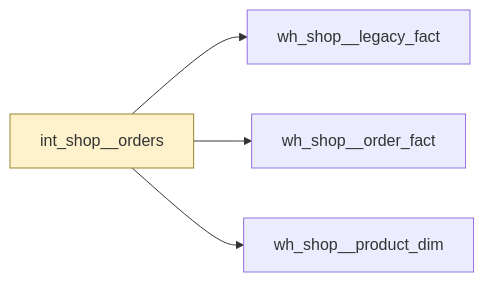
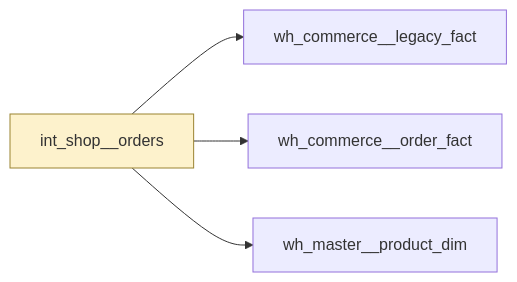
One commit to sav-sus/Hunter changed the diagram in docs/example/models/int_shop__orders.md. Above: the diagram before and after it, drawn with Mermaid. The commit also changed other lines of this file and 130 other files, not shown here.

First line of the commit message:
Add the roadmap, verified status, layer discovery and Pages publishing

````diff
--- a/docs/example/models/int_shop__orders.md
+++ b/docs/example/models/int_shop__orders.md
@@ -44,11 +44,11 @@
 ```mermaid
 flowchart LR
   int_shop__orders["int_shop__orders"]
   style int_shop__orders fill:#fdf2cc,stroke:#9a8330
-  wh_shop__legacy_fact["wh_shop__legacy_fact"]
-  wh_shop__order_fact["wh_shop__order_fact"]
-  wh_shop__product_dim["wh_shop__product_dim"]
-  int_shop__orders --> wh_shop__legacy_fact
-  int_shop__orders --> wh_shop__order_fact
-  int_shop__orders --> wh_shop__product_dim
+  wh_commerce__legacy_fact["wh_commerce__legacy_fact"]
+  wh_commerce__order_fact["wh_commerce__order_fact"]
+  wh_master__product_dim["wh_master__product_dim"]
+  int_shop__orders --> wh_commerce__legacy_fact
+  int_shop__orders --> wh_commerce__order_fact
+  int_shop__orders --> wh_master__product_dim
 ```
````
